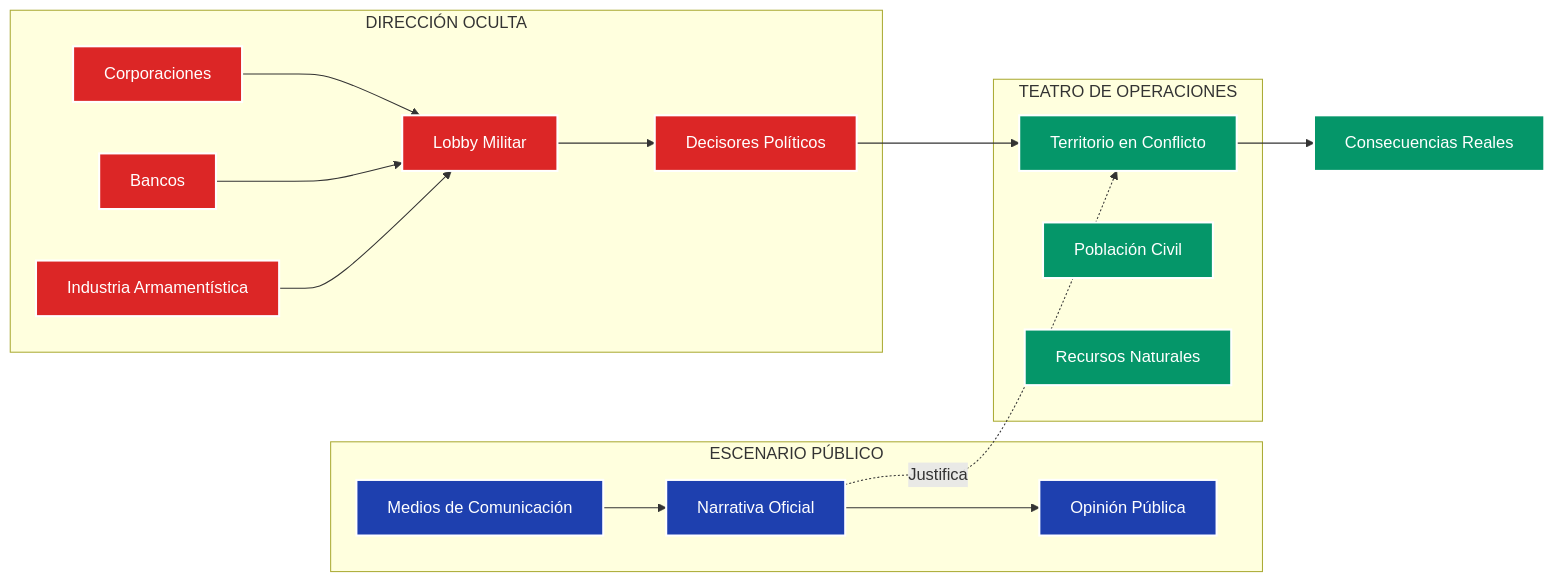
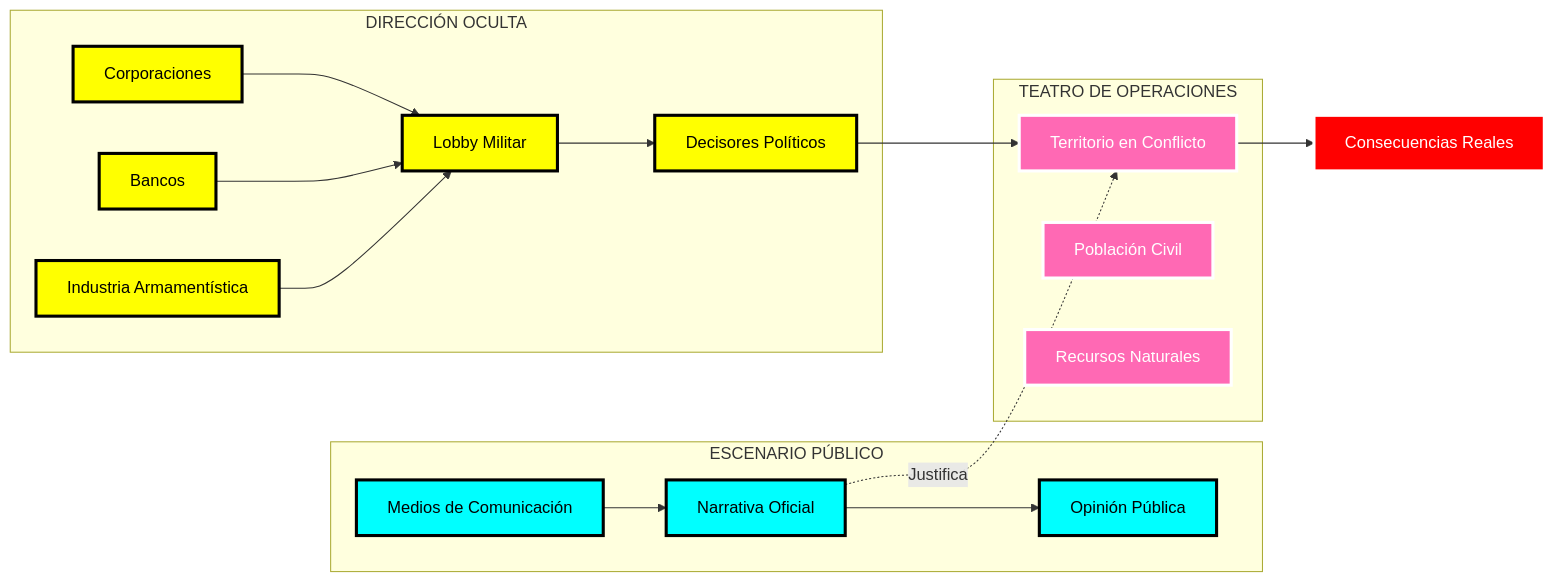
The second of 2 diagrams in politica/geopolitica/teatro-operaciones.md (perpetuocambio/annotations), drawn with Mermaid before and after one commit.

````diff
--- a/politica/geopolitica/teatro-operaciones.md
+++ b/politica/geopolitica/teatro-operaciones.md
@@ -65,32 +65,34 @@
 ```mermaid
 flowchart LR
     subgraph ESCENARIO["ESCENARIO PÚBLICO"]
         A1[Medios de Comunicación] --> B1[Narrativa Oficial]
         B1 --> C1[Opinión Pública]
     end
     
     subgraph DIRECCION["DIRECCIÓN OCULTA"]
         A2[Corporaciones] --> B2[Lobby Militar]
         B2 --> C2[Decisores Políticos]
         A3[Bancos] --> B2
         A4[Industria Armamentística] --> B2
     end
     
     subgraph TEATRO["TEATRO DE OPERACIONES"]
         D[Territorio en Conflicto]
         E[Población Civil]
         F[Recursos Naturales]
     end
     
     C2 --> D
     B1 -.->|Justifica| D
     D --> G[Consecuencias Reales]
     
-    classDef escenario fill:#1e40af,stroke:#ffffff,stroke-width:2px,color:#ffffff
-    classDef direccion fill:#dc2626,stroke:#ffffff,stroke-width:2px,color:#ffffff
-    classDef teatro fill:#059669,stroke:#ffffff,stroke-width:2px,color:#ffffff
+    classDef escenario fill:#00FFFF,stroke:#000000,stroke-width:3px,color:#000000
+    classDef direccion fill:#FFFF00,stroke:#000000,stroke-width:3px,color:#000000
+    classDef teatro fill:#FF69B4,stroke:#FFFFFF,stroke-width:3px,color:#FFFFFF
+    classDef consecuencia fill:#FF0000,stroke:#FFFFFF,stroke-width:3px,color:#FFFFFF
     
     class A1,B1,C1 escenario
     class A2,A3,A4,B2,C2 direccion
-    class D,E,F,G teatro
+    class D,E,F teatro
+    class G consecuencia
 ```
````
